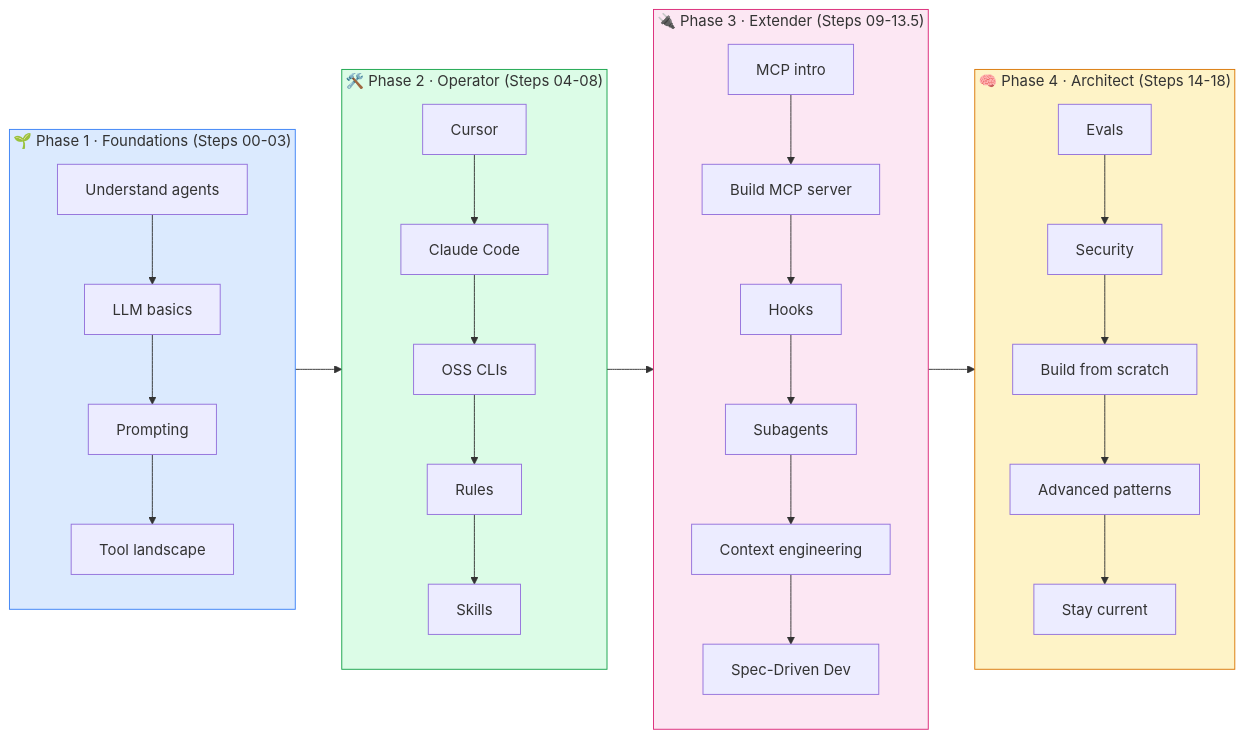
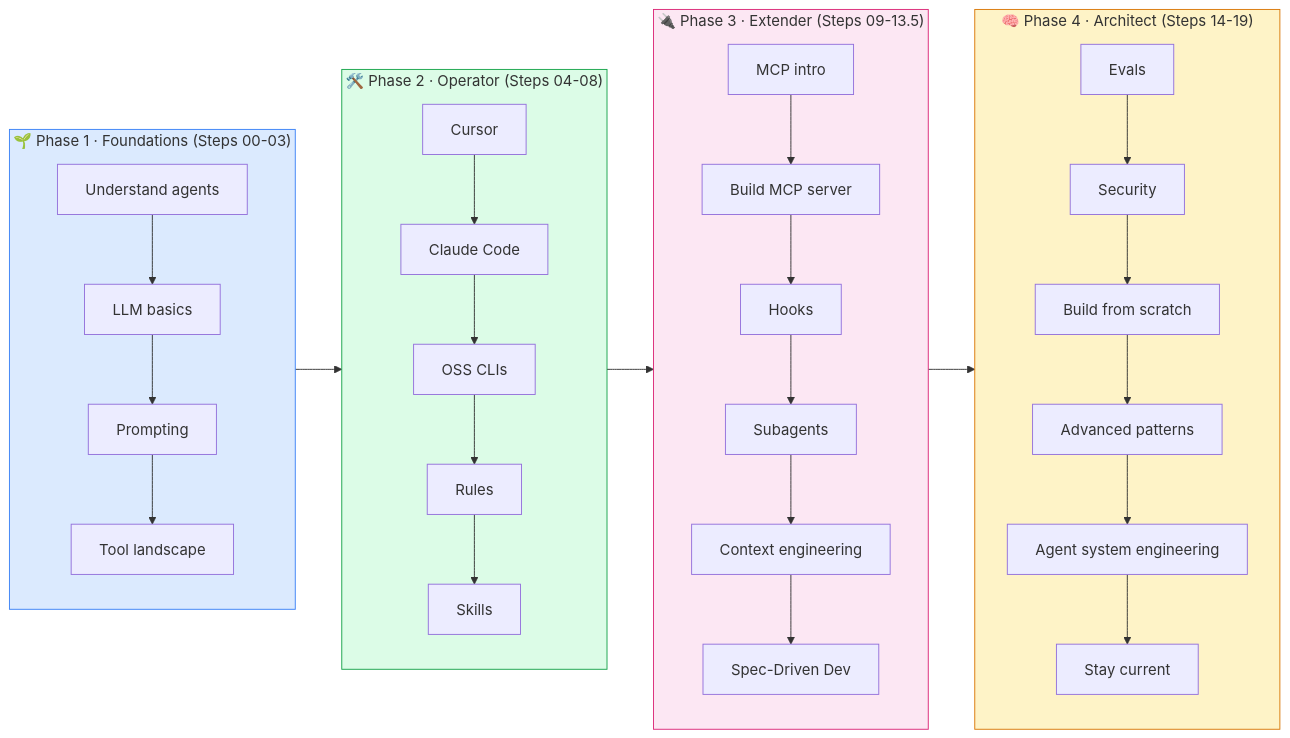
One commit to Isfhan/learn-agentic-coding changed the first of 2 diagrams in ROADMAP.md. Above: the diagram before and after it, drawn with Mermaid. The commit also changed other lines of this file and 21 other files, not shown here.

First line of the commit message:
docs: add step 19 and update roadmap documentation

````diff
--- a/ROADMAP.md
+++ b/ROADMAP.md
@@ -11,29 +11,29 @@
 ```mermaid
 flowchart LR
     subgraph P1["🌱 Phase 1 · Foundations (Steps 00-03)"]
         direction TB
         A1[Understand agents] --> A2[LLM basics] --> A3[Prompting] --> A4[Tool landscape]
     end
 
     subgraph P2["🛠️ Phase 2 · Operator (Steps 04-08)"]
         direction TB
         B1[Cursor] --> B2[Claude Code] --> B3[OSS CLIs] --> B4[Rules] --> B5[Skills]
     end
 
     subgraph P3["🔌 Phase 3 · Extender (Steps 09-13.5)"]
         direction TB
         C1[MCP intro] --> C2[Build MCP server] --> C3[Hooks] --> C4[Subagents] --> C5[Context engineering] --> C6[Spec-Driven Dev]
     end
 
-    subgraph P4["🧠 Phase 4 · Architect (Steps 14-18)"]
+    subgraph P4["🧠 Phase 4 · Architect (Steps 14-19)"]
         direction TB
-        D1[Evals] --> D2[Security] --> D3[Build from scratch] --> D4[Advanced patterns] --> D5[Stay current]
+        D1[Evals] --> D2[Security] --> D3[Build from scratch] --> D4[Advanced patterns] --> D5[Agent system engineering] --> D6[Stay current]
     end
 
     P1 --> P2 --> P3 --> P4
 
     style P1 fill:#dbeafe,stroke:#3b82f6
     style P2 fill:#dcfce7,stroke:#16a34a
     style P3 fill:#fce7f3,stroke:#db2777
     style P4 fill:#fef3c7,stroke:#d97706
 ```
````
